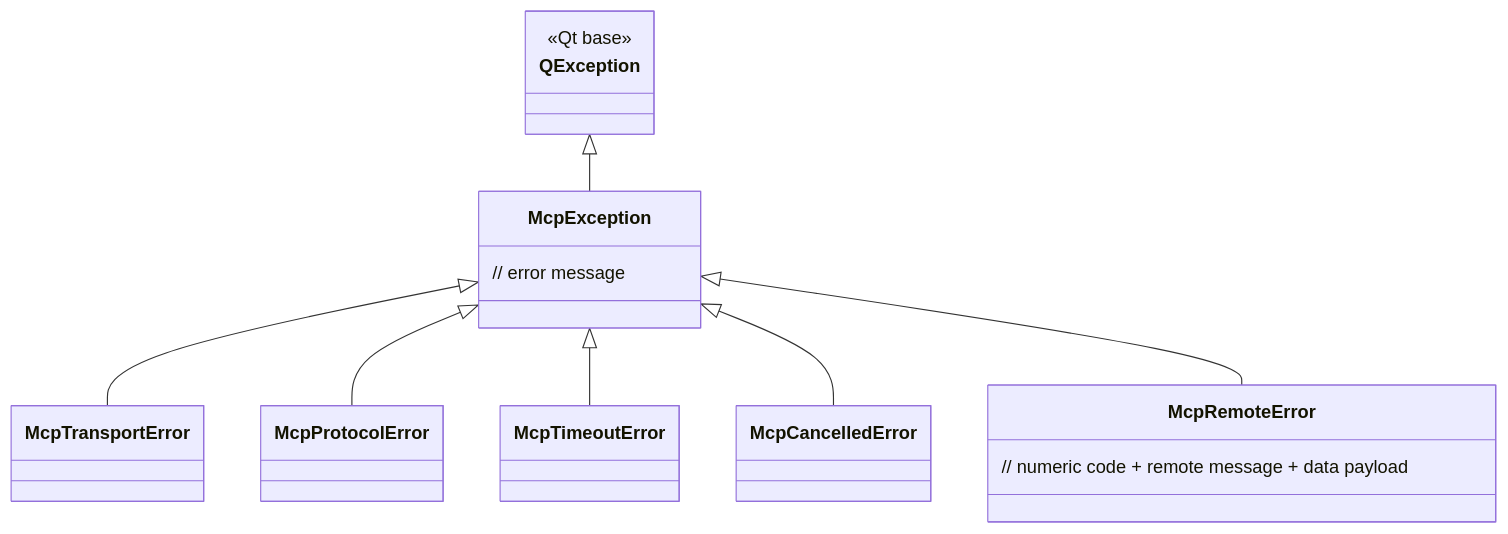
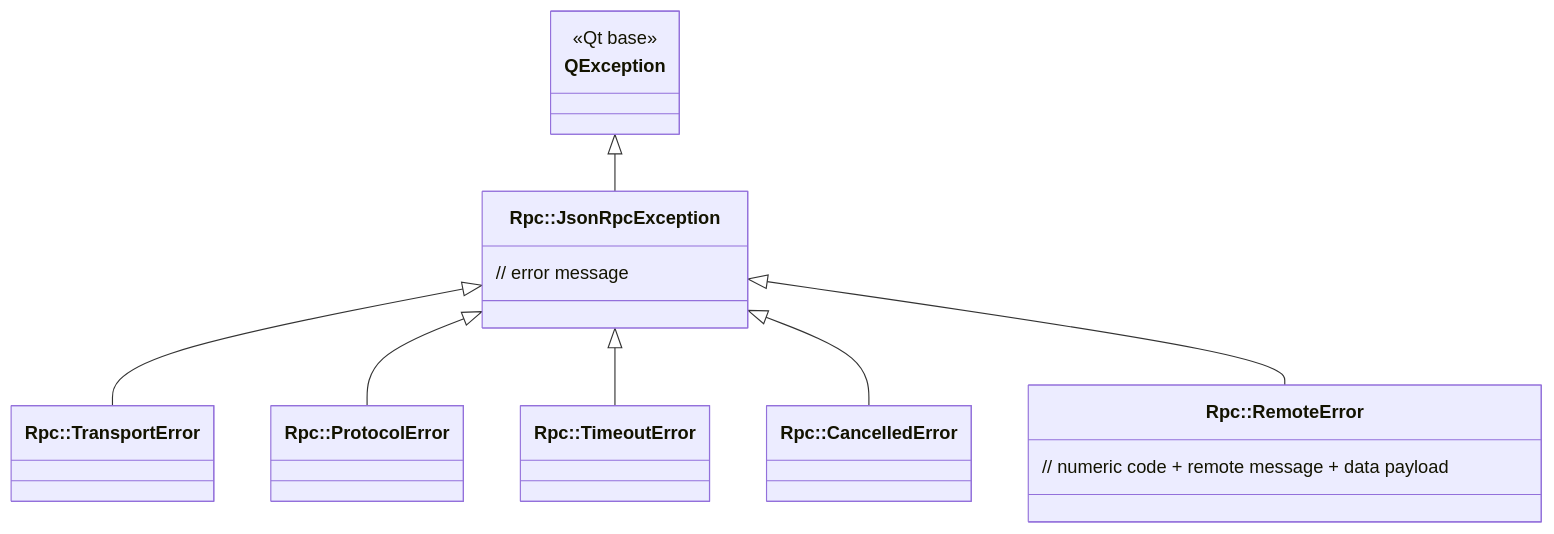
Before and after one commit to Palm1r/llmcore: the diagram in docs/mcp/architecture/exceptions.md, drawn with Mermaid. The commit also changed other lines of this file and 64 other files, not shown here.

First line of the commit message:
refactor: cycle to mcp/rpc/acp (#28)

````diff
--- a/docs/mcp/architecture/exceptions.md
+++ b/docs/mcp/architecture/exceptions.md
@@ -5,25 +5,25 @@
 ```mermaid
 classDiagram
     class QException {
         <<Qt base>>
     }
 
-    class McpException {
+    class JsonRpcException["Rpc::JsonRpcException"] {
         // error message
     }
 
-    class McpTransportError
-    class McpProtocolError
-    class McpTimeoutError
-    class McpCancelledError
-    class McpRemoteError {
+    class TransportError["Rpc::TransportError"]
+    class ProtocolError["Rpc::ProtocolError"]
+    class TimeoutError["Rpc::TimeoutError"]
+    class CancelledError["Rpc::CancelledError"]
+    class RemoteError["Rpc::RemoteError"] {
         // numeric code + remote message + data payload
     }
 
-    QException <|-- McpException
-    McpException <|-- McpTransportError
-    McpException <|-- McpProtocolError
-    McpException <|-- McpTimeoutError
-    McpException <|-- McpCancelledError
-    McpException <|-- McpRemoteError
+    QException <|-- JsonRpcException
+    JsonRpcException <|-- TransportError
+    JsonRpcException <|-- ProtocolError
+    JsonRpcException <|-- TimeoutError
+    JsonRpcException <|-- CancelledError
+    JsonRpcException <|-- RemoteError
 ```
````
